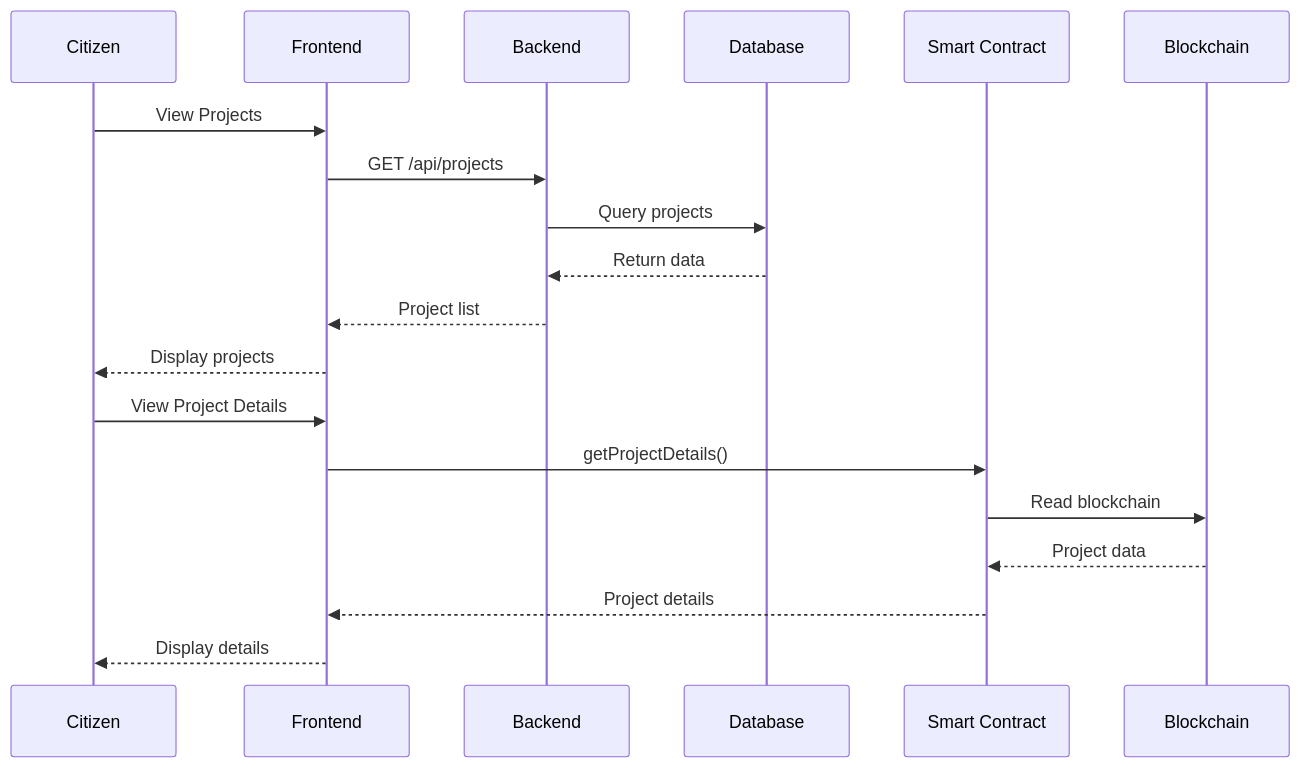
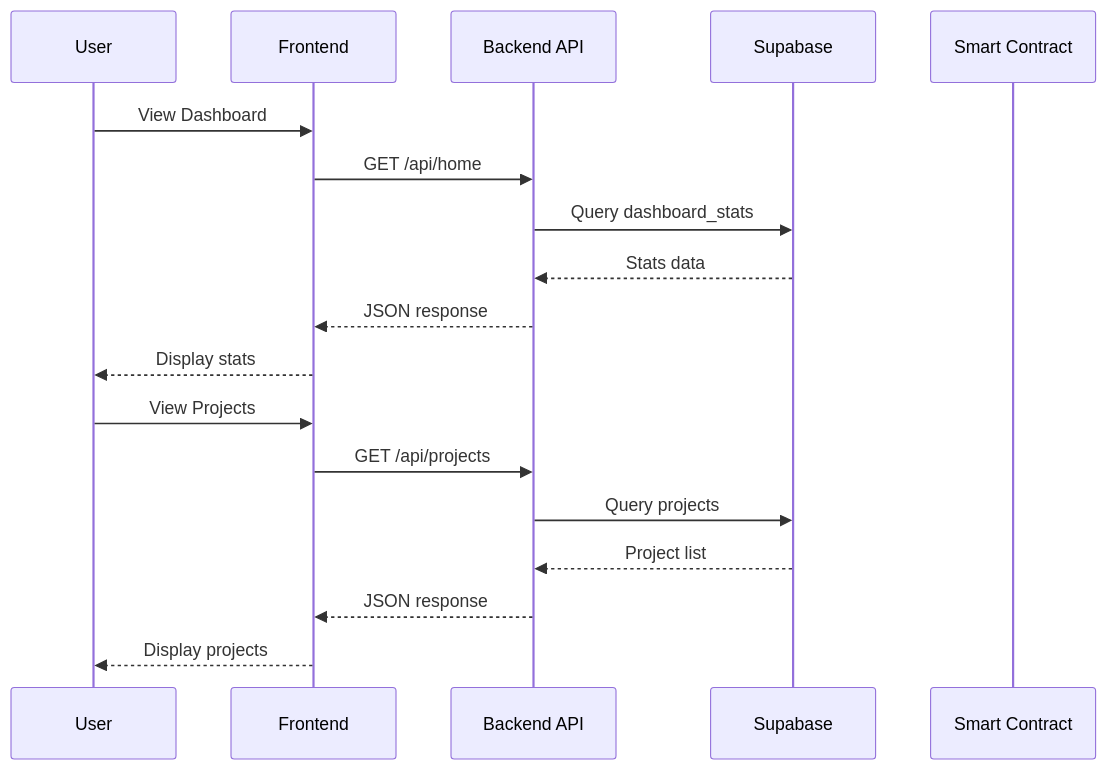
One commit to youth-of-may/PisoChain changed the fourth of 4 diagrams in README.md. Above: the diagram before and after it, drawn with Mermaid. The commit also changed other lines of this file, not shown here.

First line of the commit message:
Revise README for roles and data model updates

````diff
--- a/README.md
+++ b/README.md
@@ -418,23 +777,22 @@
 ```mermaid
 sequenceDiagram
-    participant C as Citizen
+    participant U as User
     participant F as Frontend
-    participant B as Backend
-    participant D as Database
+    participant B as Backend API
+    participant DB as Supabase
     participant SC as Smart Contract
-    participant BC as Blockchain
 
-    C->>F: View Projects
+    U->>F: View Dashboard
+    F->>B: GET /api/home
+    B->>DB: Query dashboard_stats
+    DB-->>B: Stats data
+    B-->>F: JSON response
+    F-->>U: Display stats
+
+    U->>F: View Projects
     F->>B: GET /api/projects
-    B->>D: Query projects
-    D-->>B: Return data
-    B-->>F: Project list
-    F-->>C: Display projects
-
-    C->>F: View Project Details
-    F->>SC: getProjectDetails()
-    SC->>BC: Read blockchain
-    BC-->>SC: Project data
-    SC-->>F: Project details
-    F-->>C: Display details
+    B->>DB: Query projects
+    DB-->>B: Project list
+    B-->>F: JSON response
+    F-->>U: Display projects
 ```
````
